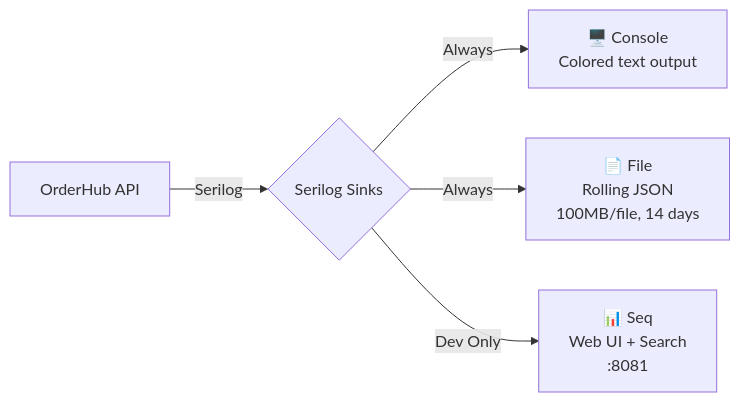
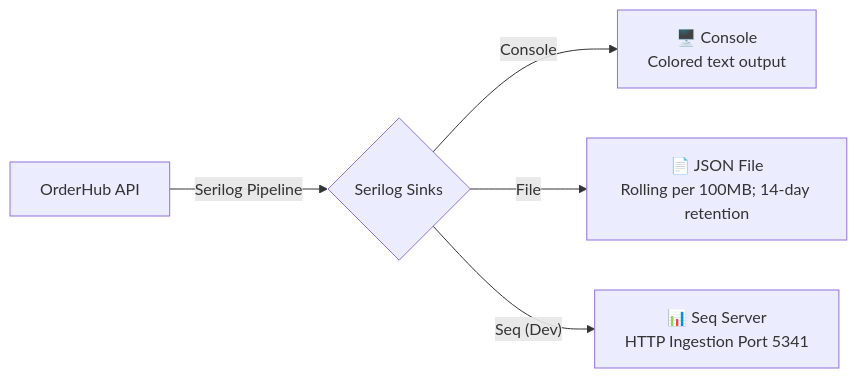
One commit to datngw/OrderHub changed the first of 2 diagrams in docs/docusaurus/docs/guides/observability.md. Above: the diagram before and after it, drawn with Mermaid. The commit also changed other lines of this file and 15 other files, not shown here.

Commit message:
docs: rewrite arc42 architecture documentation and consolidate ADRs

````diff
--- a/docs/docusaurus/docs/guides/observability.md
+++ b/docs/docusaurus/docs/guides/observability.md
@@ -13,7 +17,7 @@
 ```mermaid
 graph LR
-    APP["OrderHub API"] -->|"Serilog"| SINK{"Serilog Sinks"}
-    SINK -->|"Always"| CON["🖥️ Console<br/>Colored text output"]
-    SINK -->|"Always"| FILE["📄 File<br/>Rolling JSON<br/>100MB/file, 14 days"]
-    SINK -->|"Dev Only"| SEQ["📊 Seq<br/>Web UI + Search<br/>:8081"]
+    APP["OrderHub API"] -->|"Serilog Pipeline"| Sinks{"Serilog Sinks"}
+    Sinks -->|"Console"| CON["🖥️ Console<br/>Colored text output"]
+    Sinks -->|"File"| FILE["📄 JSON File<br/>Rolling per 100MB; 14-day retention"]
+    Sinks -->|"Seq (Dev)"| SEQ["📊 Seq Server<br/>HTTP Ingestion Port 5341"]
 ```
````
